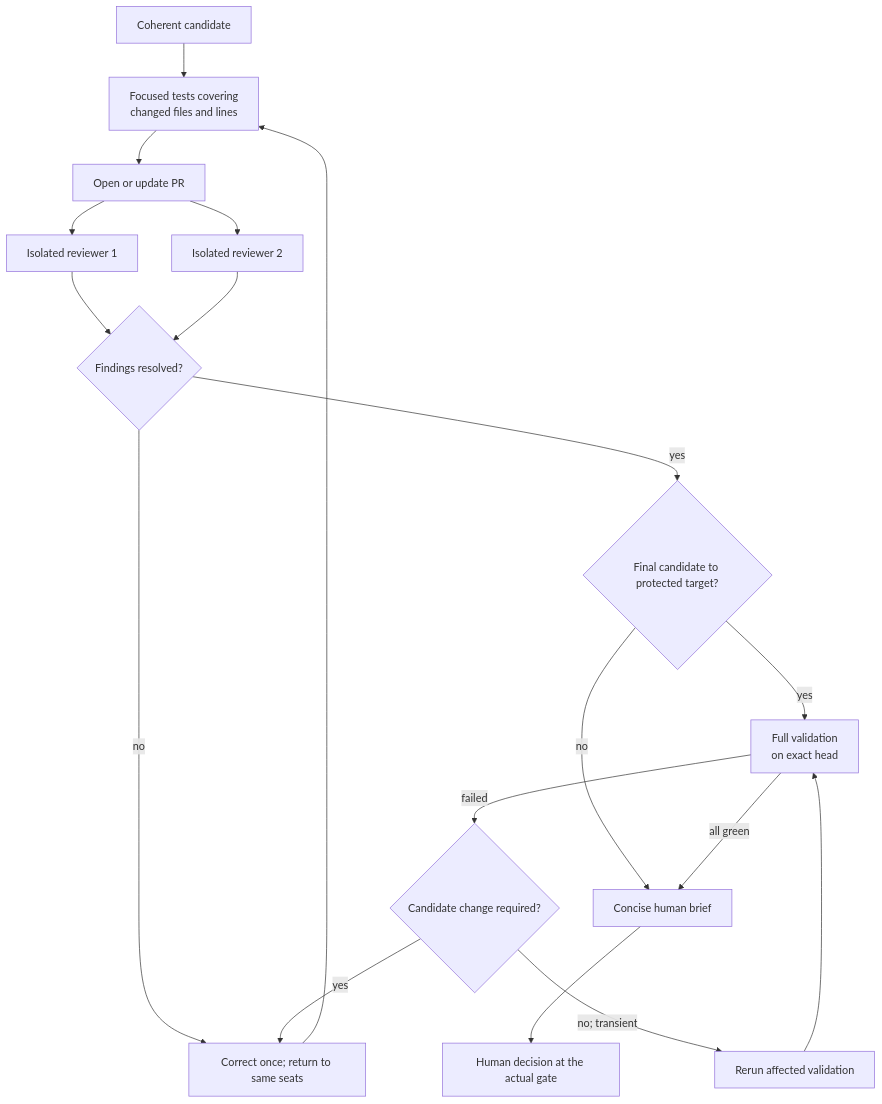
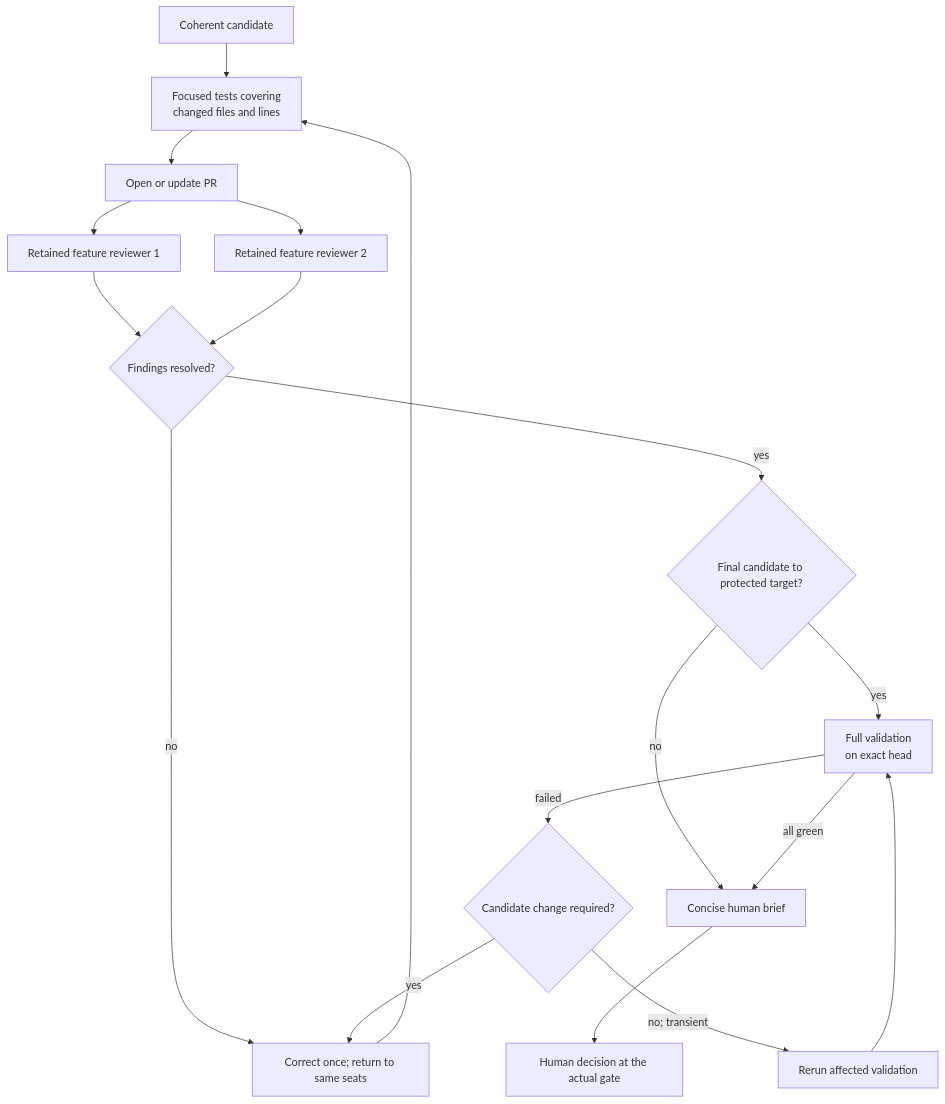
Before and after one commit to hhhhhusky777/spec-driven-delivery-playbook: the ninth of 12 diagrams in README.md, drawn with Mermaid. The commit also changed other lines of this file and 8 other files, not shown here.

````diff
--- a/README.md
+++ b/README.md
@@ -413,20 +436,20 @@
 ```mermaid
 flowchart TD
     C["Coherent candidate"] --> F["Focused tests covering<br/>changed files and lines"]
     F --> P["Open or update PR"]
-    P --> R1["Isolated reviewer 1"]
-    P --> R2["Isolated reviewer 2"]
+    P --> R1["Retained feature reviewer 1"]
+    P --> R2["Retained feature reviewer 2"]
     R1 --> J{"Findings resolved?"}
     R2 --> J
     J -->|"no"| X["Correct once; return to same seats"]
     X --> F
     J -->|"yes"| G{"Final candidate to protected target?"}
     G -->|"no"| B["Task PR human brief"]
     G -->|"yes"| V["Full validation<br/>on exact head"]
     V -->|"failed"| D{"Candidate change required?"}
     D -->|"yes"| X
     D -->|"no; transient"| Q["Rerun affected validation"]
     Q --> V
     V -->|"all green"| B["Concise human brief"]
     B --> H["Human decision at the actual gate"]
 ```
````
